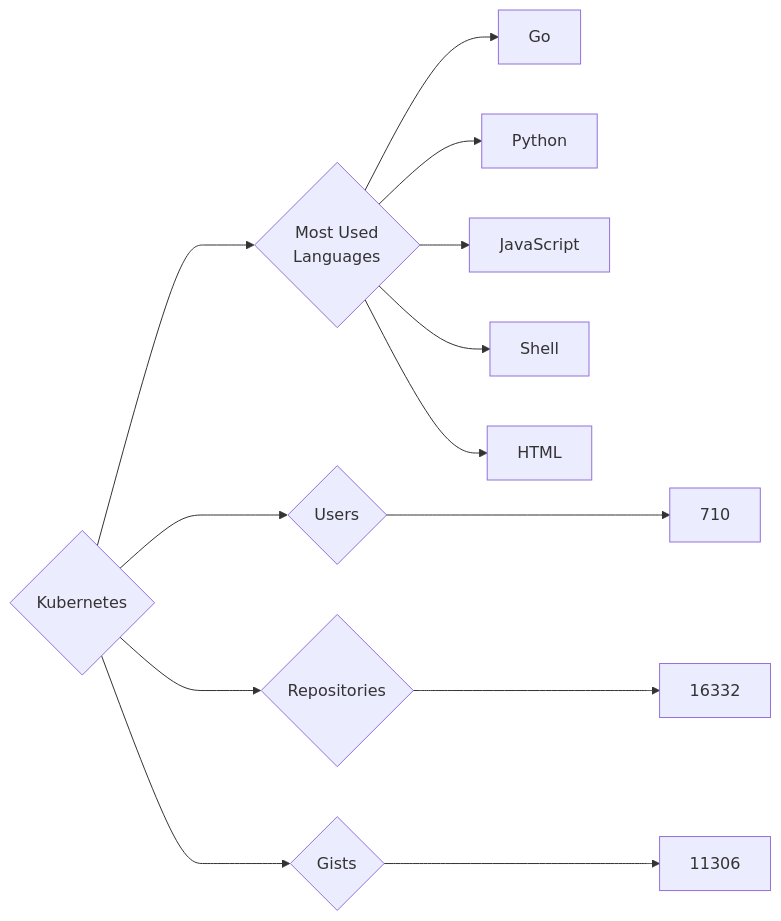
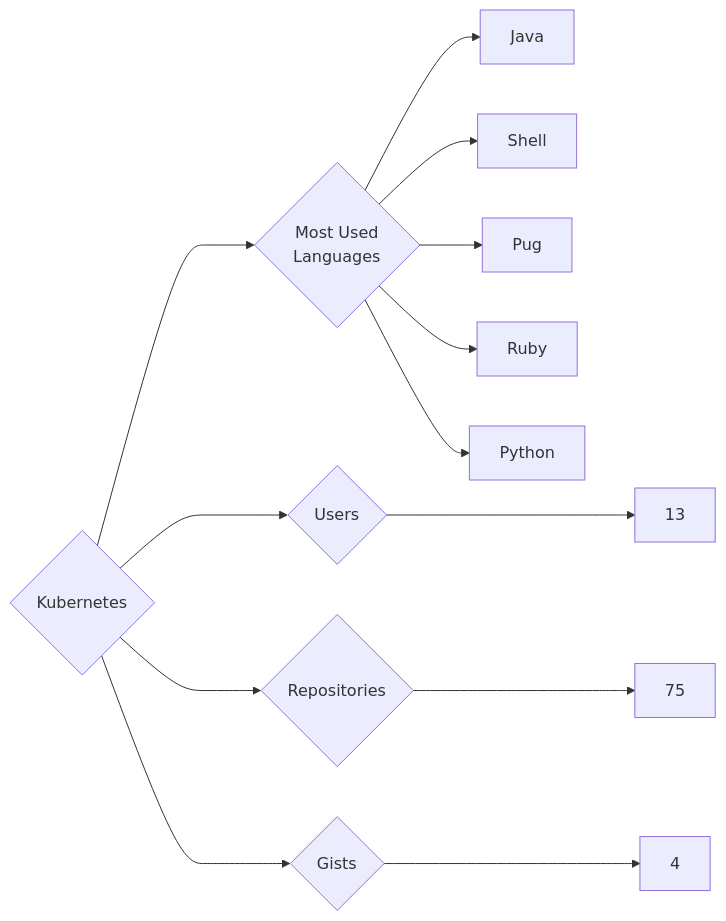
Before and after one commit to trickest/insiders: the diagram in targets/Kubernetes/README.md, drawn with Mermaid. The commit also changed 1496 other files, not shown here.

````diff
--- a/targets/Kubernetes/README.md
+++ b/targets/Kubernetes/README.md
@@ -3,13 +3,13 @@
 ```mermaid
 graph LR
 COMPANY_NAME{Kubernetes}
-COMPANY_NAME ---> U{Users} ---> UN[710]
-COMPANY_NAME ---> R{Repositories} ---> RN[16332]
-COMPANY_NAME ---> G{Gists} ---> GN[11306]
+COMPANY_NAME ---> U{Users} ---> UN[13]
+COMPANY_NAME ---> R{Repositories} ---> RN[75]
+COMPANY_NAME ---> G{Gists} ---> GN[4]
 COMPANY_NAME ---> ML{Most Used<br>Languages}
-ML --> Go[Go]
+ML --> Java[Java]
+ML --> Shell[Shell]
+ML --> Pug[Pug]
+ML --> Ruby[Ruby]
 ML --> Python[Python]
-ML --> JavaScript[JavaScript]
-ML --> Shell[Shell]
-ML --> HTML[HTML]
 ```
````
